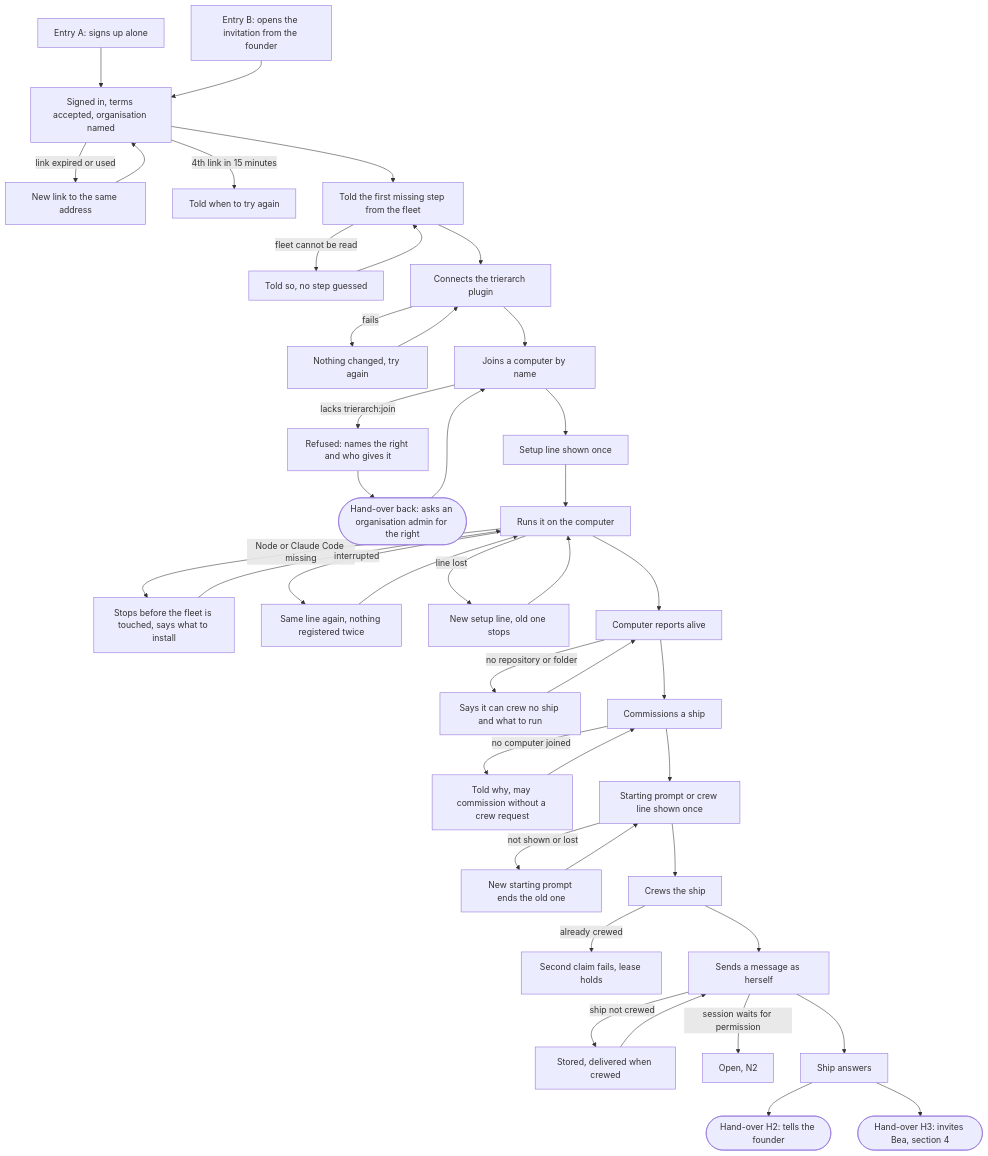
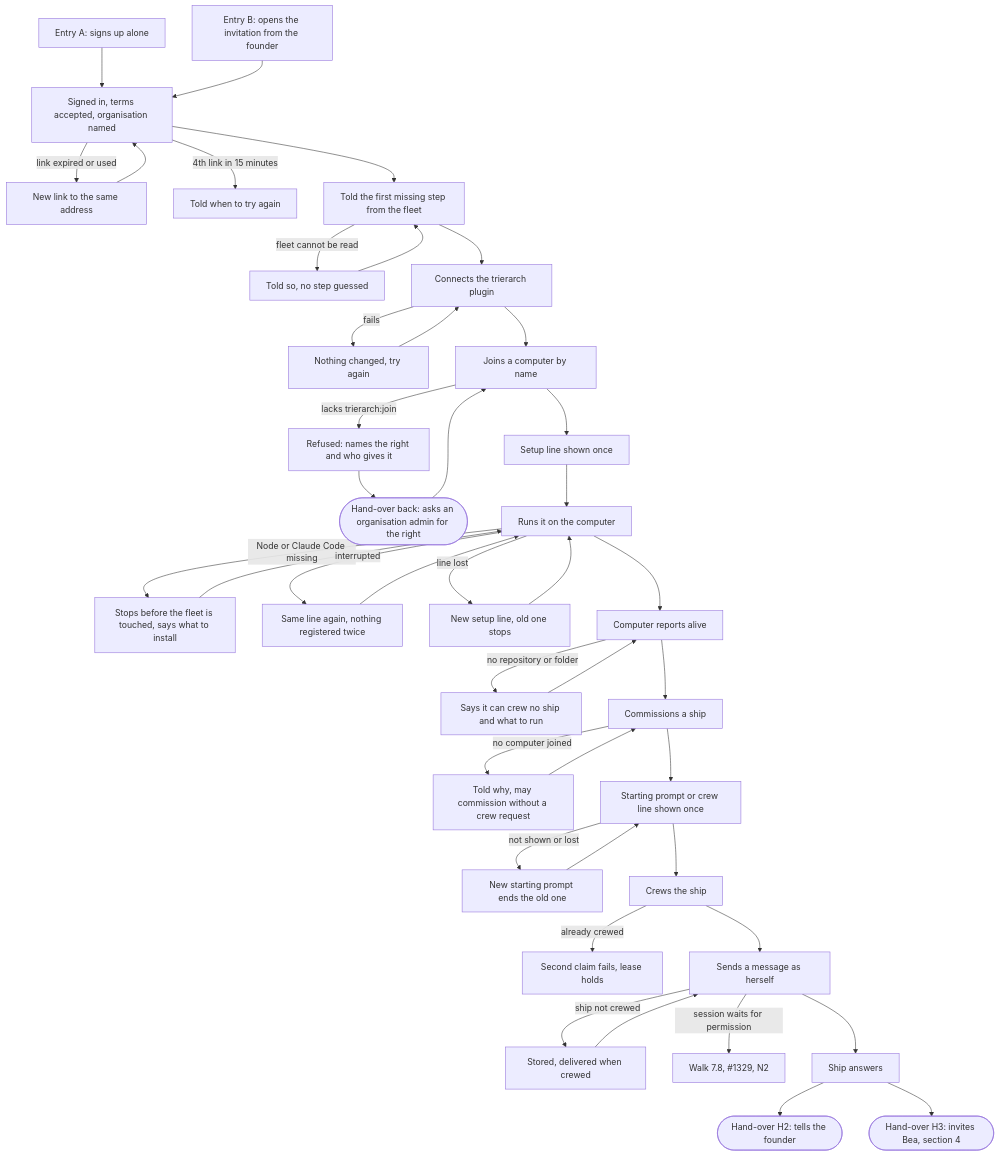
Before and after one commit to ThomasHendrickx/aeolus-fleet: the second of 4 diagrams in docs/design/onboarding/journeys.md, drawn with Mermaid. The commit also changed other lines of this file and 1 other file, not shown here.

````diff
--- a/docs/design/onboarding/journeys.md
+++ b/docs/design/onboarding/journeys.md
@@ -106,34 +107,34 @@
 ```mermaid
 flowchart TD
   E1[Entry A: signs up alone] --> A1
   E2[Entry B: opens the invitation from the founder] --> A1
   A1[Signed in, terms accepted, organisation named] -- link expired or used --> A1e[New link to the same address] --> A1
   A1 -- 4th link in 15 minutes --> A1f[Told when to try again]
   A1 --> A2[Told the first missing step from the fleet]
   A2 -- fleet cannot be read --> A2e[Told so, no step guessed] --> A2
   A2 --> A3[Connects the trierarch plugin]
   A3 -- fails --> A3e[Nothing changed, try again] --> A3
   A3 --> A4[Joins a computer by name]
   A4 -- lacks trierarch:join --> A4e[Refused: names the right and who gives it]
   A4e --> H1b([Hand-over back: asks an organisation admin for the right])
   H1b --> A4
   A4 --> A5[Setup line shown once]
   A5 --> A5a[Runs it on the computer]
   A5a -- Node or Claude Code missing --> A5e[Stops before the fleet is touched, says what to install] --> A5a
   A5a -- interrupted --> A5f[Same line again, nothing registered twice] --> A5a
   A5a -- line lost --> A5g[New setup line, old one stops] --> A5a
   A5a --> A6[Computer reports alive]
   A6 -- no repository or folder --> A6e[Says it can crew no ship and what to run] --> A6
   A6 --> A7[Commissions a ship]
   A7 -- no computer joined --> A7e[Told why, may commission without a crew request] --> A7
   A7 --> A8[Starting prompt or crew line shown once]
   A8 -- not shown or lost --> A8e[New starting prompt ends the old one] --> A8
   A8 --> A8b[Crews the ship]
   A8b -- already crewed --> A8f[Second claim fails, lease holds]
   A8b --> A9[Sends a message as herself]
   A9 -- ship not crewed --> A9e[Stored, delivered when crewed] --> A9
-  A9 -- session waits for permission --> A9p[Open, N2]
+  A9 -- session waits for permission --> A9p[Walk 7.8, #1329, N2]
   A9 --> A9r[Ship answers]
   A9r --> H2b([Hand-over H2: tells the founder])
   A9r --> H3([Hand-over H3: invites Bea, section 4])
 ```
````
